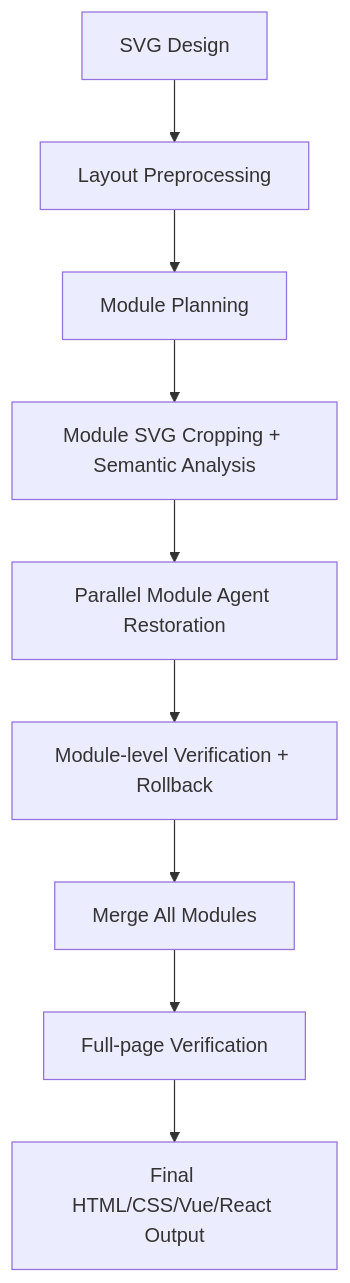
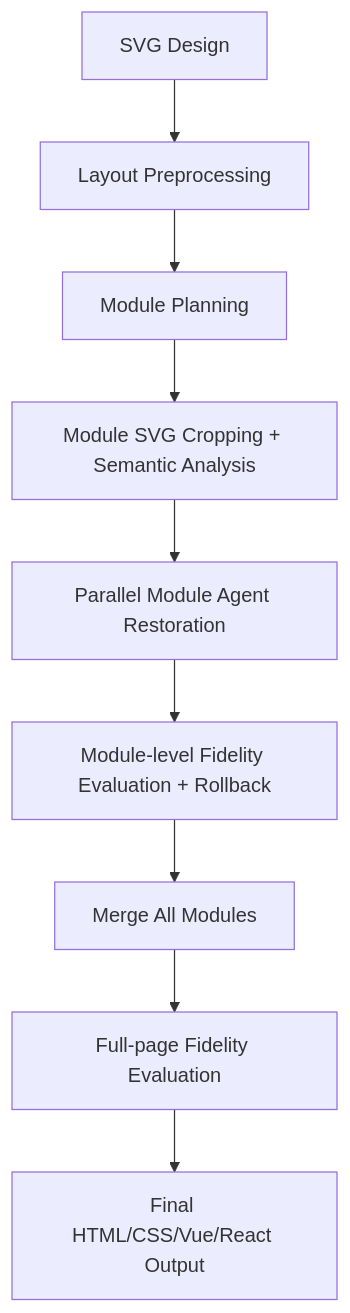
The diagram in README.en.md (cnzhhx/svg-to-html), drawn with Mermaid before and after one commit. The commit also changed other lines of this file and 6 other files, not shown here.

````diff
--- a/README.en.md
+++ b/README.en.md
@@ -152,11 +152,11 @@
 ```mermaid
 flowchart TD
   A[SVG Design] --> B[Layout Preprocessing]
   B --> C[Module Planning]
   C --> D[Module SVG Cropping + Semantic Analysis]
   D --> E[Parallel Module Agent Restoration]
-  E --> F[Module-level Verification + Rollback]
+  E --> F[Module-level Fidelity Evaluation + Rollback]
   F --> G[Merge All Modules]
-  G --> H[Full-page Verification]
+  G --> H[Full-page Fidelity Evaluation]
   H --> I[Final HTML/CSS/Vue/React Output]
 ```
````
